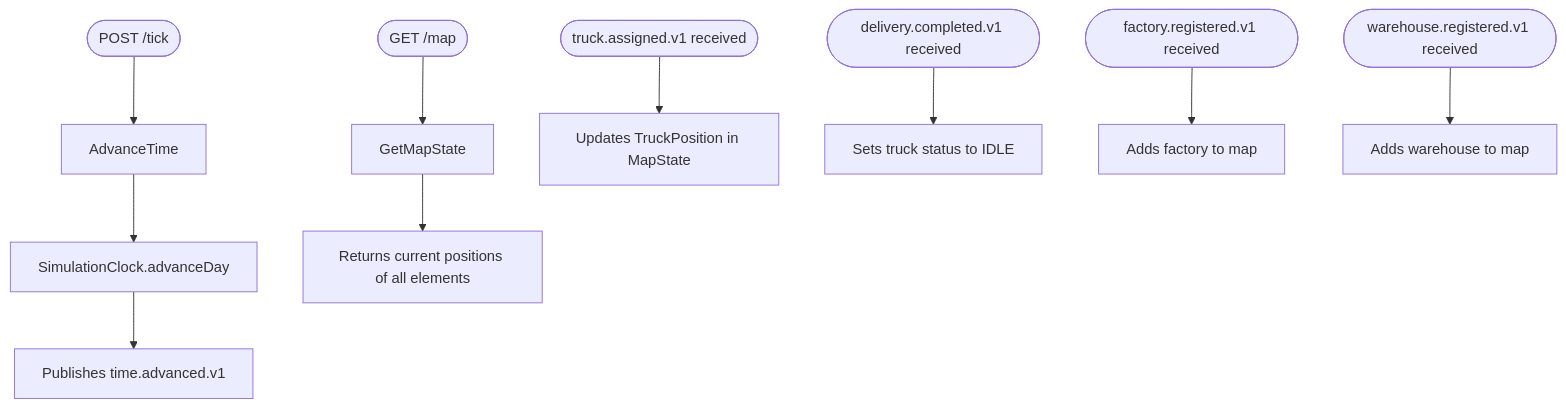
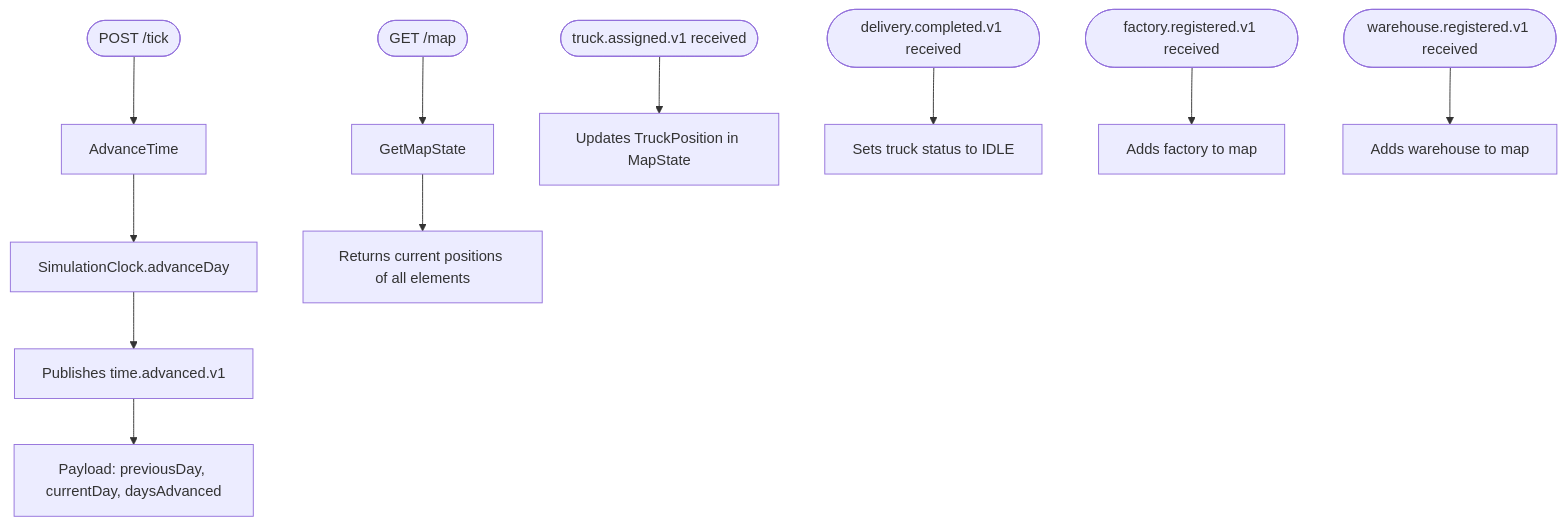
The third of 3 diagrams in time/ddd.md (PauLopNun/workshop-suministros), drawn with Mermaid before and after one commit. The commit also changed other lines of this file, not shown here.

````diff
--- a/time/ddd.md
+++ b/time/ddd.md
@@ -73,14 +76,15 @@
 ```mermaid
 flowchart TD
     UC1([POST /tick]) --> A1[AdvanceTime]
     A1 --> A2[SimulationClock.advanceDay]
     A2 --> A3[Publishes time.advanced.v1]
+    A3 --> A4[Payload: previousDay, currentDay, daysAdvanced]
 
     UC2([GET /map]) --> B1[GetMapState]
     B1 --> B2[Returns current positions of all elements]
 
     EV1([truck.assigned.v1 received]) --> C1[Updates TruckPosition in MapState]
     EV2([delivery.completed.v1 received]) --> C2[Sets truck status to IDLE]
     EV3([factory.registered.v1 received]) --> C3[Adds factory to map]
     EV4([warehouse.registered.v1 received]) --> C4[Adds warehouse to map]
 ```
````
